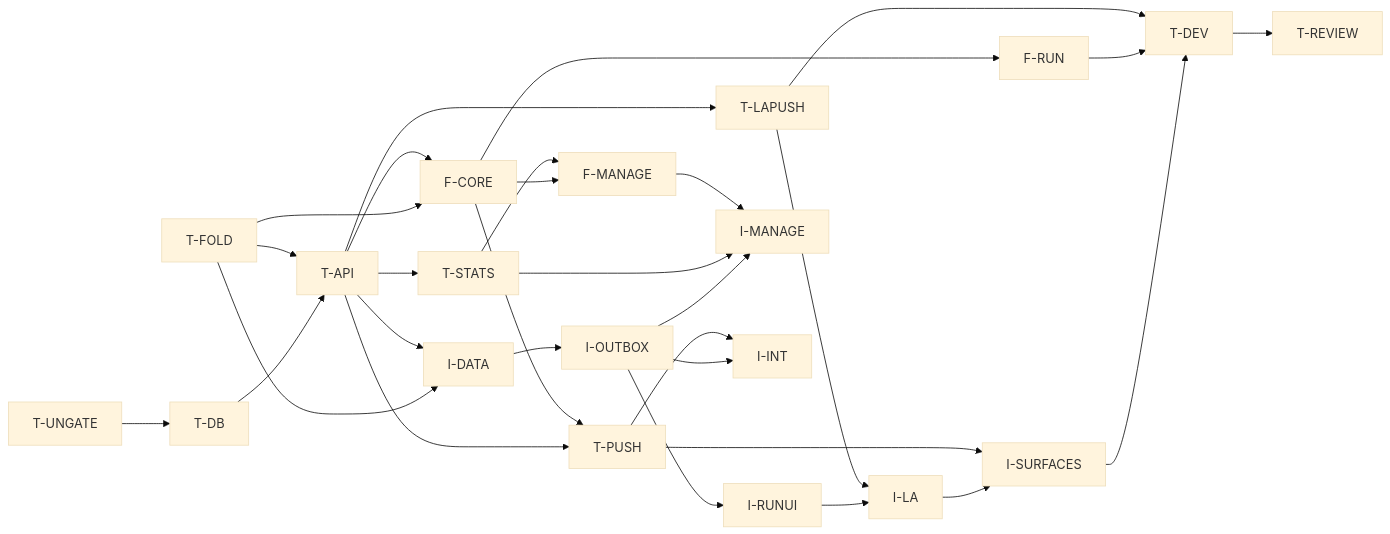
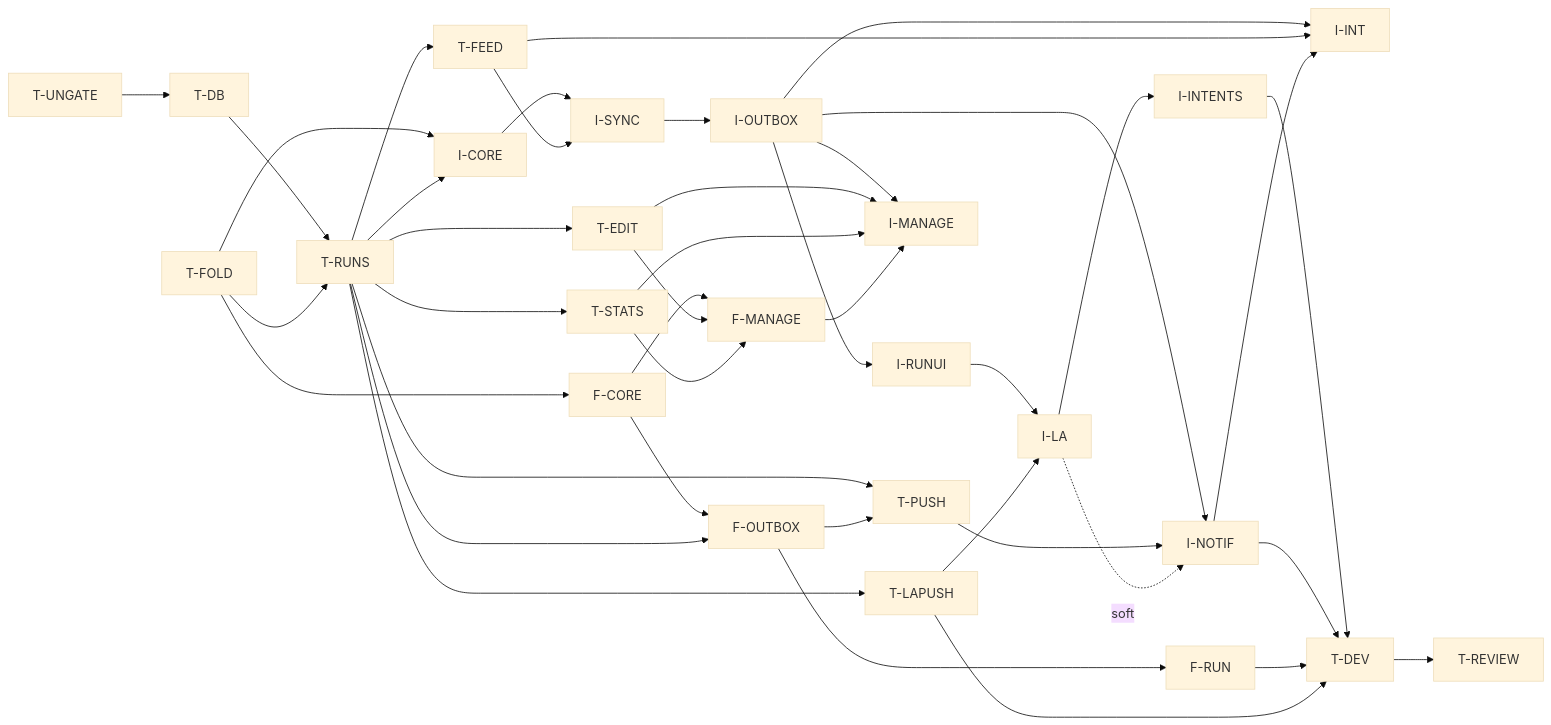
Before and after one commit to Richard-Lynch/quickr: the diagram in docs/specs/timers-plan.md, drawn with Mermaid (base theme). The commit also changed other lines of this file and 1 other file, not shown here.

````diff
--- a/docs/specs/timers-plan.md
+++ b/docs/specs/timers-plan.md
@@ -330,35 +413,46 @@
 ```mermaid
 flowchart LR
   UNG[T-UNGATE] --> TDB[T-DB]
-  TDB --> TAPI[T-API]
-  TFOLD[T-FOLD] --> TAPI
-  TAPI --> TSTATS[T-STATS]
-  TAPI --> TPUSH[T-PUSH]
-  TAPI --> TLAPUSH[T-LAPUSH]
+  TDB --> TRUNS[T-RUNS]
+  TFOLD[T-FOLD] --> TRUNS
+  TRUNS --> TFEED[T-FEED]
+  TRUNS --> TEDIT[T-EDIT]
+  TRUNS --> TSTATS[T-STATS]
+  TRUNS --> TPUSH[T-PUSH]
+  TRUNS --> TLAPUSH[T-LAPUSH]
 
   TFOLD --> FCORE[F-CORE]
-  TAPI --> FCORE
-  FCORE --> FRUN[F-RUN]
+  FCORE --> FOUT[F-OUTBOX]
+  TRUNS --> FOUT
+  FOUT --> TPUSH
+  FOUT --> FRUN[F-RUN]
   FCORE --> FMAN[F-MANAGE]
+  TEDIT --> FMAN
   TSTATS --> FMAN
-  FCORE --> TPUSH
 
-  TFOLD --> IDATA[I-DATA]
-  TAPI --> IDATA
-  IDATA --> IOUT[I-OUTBOX]
+  TFOLD --> ICORE[I-CORE]
+  TRUNS --> ICORE
+  ICORE --> ISYNC[I-SYNC]
+  TFEED --> ISYNC
+  ISYNC --> IOUT[I-OUTBOX]
   IOUT --> IRUN[I-RUNUI]
   IOUT --> IMAN[I-MANAGE]
+  TEDIT --> IMAN
   TSTATS --> IMAN
   FMAN --> IMAN
   IRUN --> ILA[I-LA]
   TLAPUSH --> ILA
-  ILA --> ISURF[I-SURFACES]
-  TPUSH --> ISURF
-  IOUT --> IINT[I-INT]
-  TPUSH --> IINT
+  ILA --> IINT[I-INTENTS]
+  IOUT --> INOTIF[I-NOTIF]
+  TPUSH --> INOTIF
+  ILA -.soft.-> INOTIF
+  IOUT --> IINTG[I-INT]
+  TFEED --> IINTG
+  INOTIF --> IINTG
 
-  ISURF --> TDEV[T-DEV]
+  IINT --> TDEV[T-DEV]
+  INOTIF --> TDEV
   FRUN --> TDEV
   TLAPUSH --> TDEV
   TDEV --> TREV[T-REVIEW]
 ```
````
